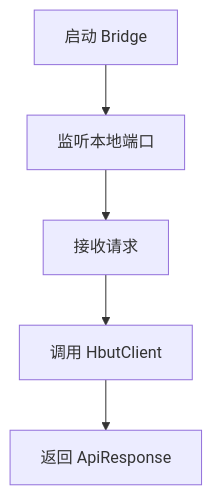
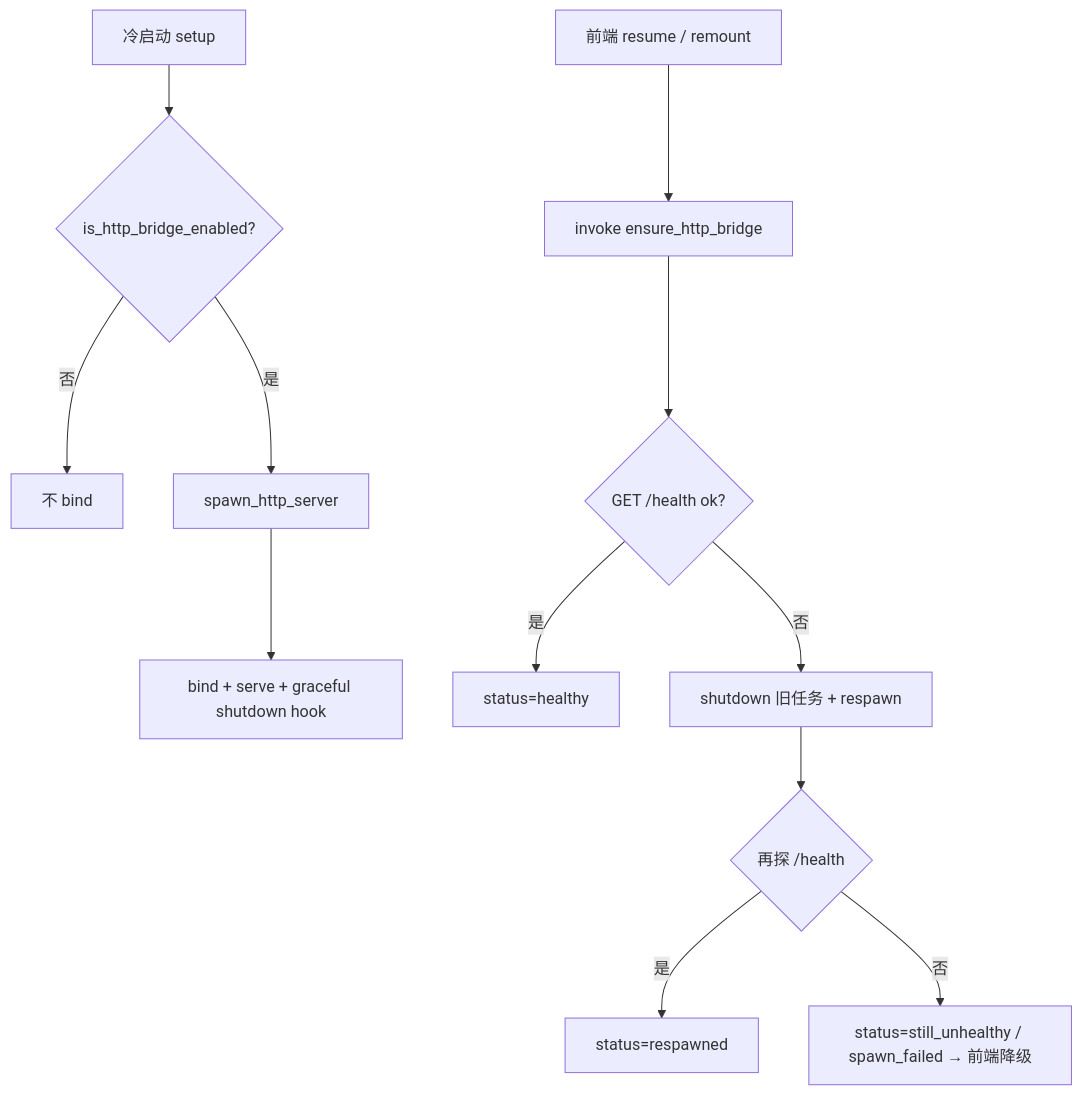
Before and after one commit to superdaobo/mini-hbut: the diagram in src-tauri/docs/http_server.md, drawn with Mermaid. The commit also changed other lines of this file and 4 other files, not shown here.

First line of the commit message:
fix(lifecycle): ensure/respawn HTTP Bridge after long background (#452)

````diff
--- a/src-tauri/docs/http_server.md
+++ b/src-tauri/docs/http_server.md
@@ -11,7 +51,14 @@
 ```mermaid
 flowchart TD
-  A[启动 Bridge] --> B[监听本地端口]
-  B --> C[接收请求]
-  C --> D[调用 HbutClient]
-  D --> E[返回 ApiResponse]
+  A[冷启动 setup] --> B{is_http_bridge_enabled?}
+  B -->|否| Z[不 bind]
+  B -->|是| C[spawn_http_server]
+  C --> D[bind + serve + graceful shutdown hook]
+  E[前端 resume / remount] --> F[invoke ensure_http_bridge]
+  F --> G{GET /health ok?}
+  G -->|是| H[status=healthy]
+  G -->|否| I[shutdown 旧任务 + respawn]
+  I --> J{再探 /health}
+  J -->|是| K[status=respawned]
+  J -->|否| L[status=still_unhealthy / spawn_failed → 前端降级]
 ```
````
